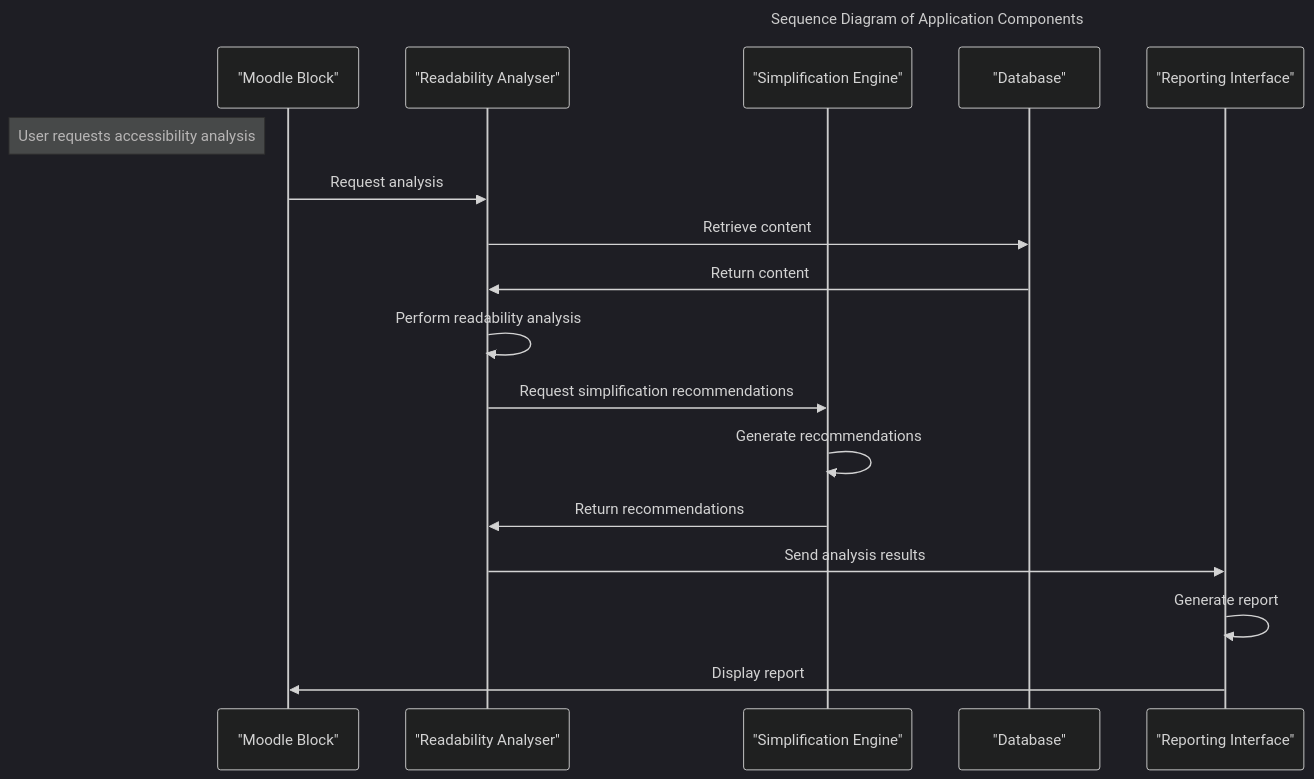
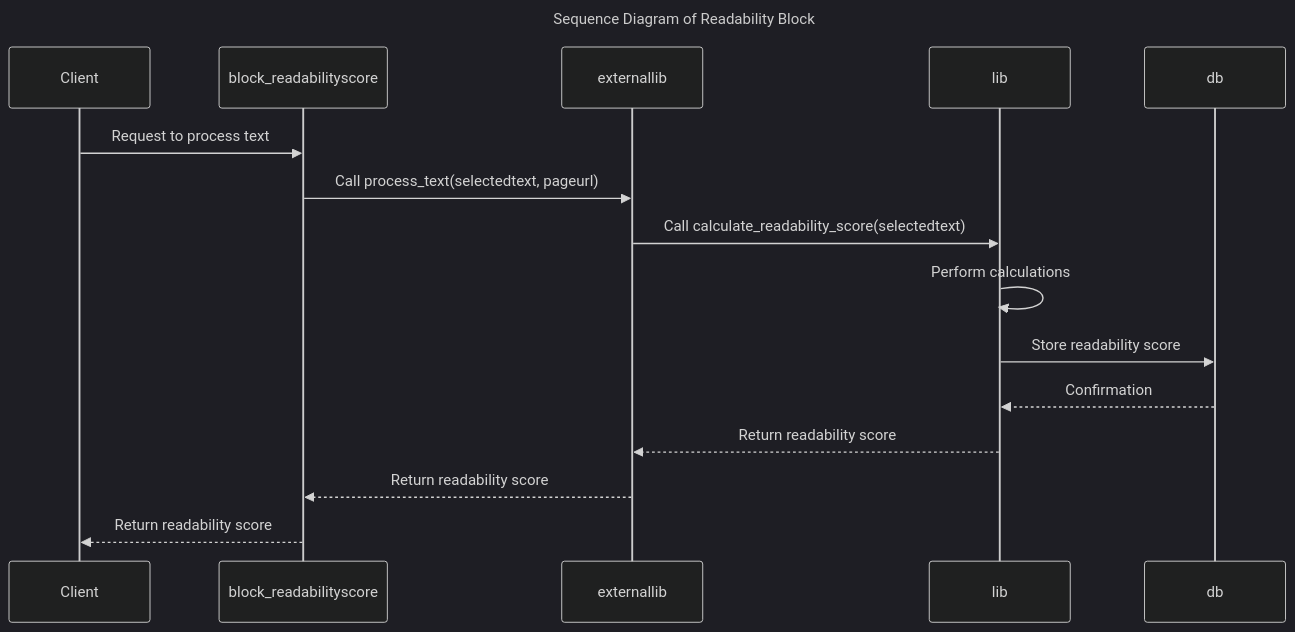
One commit to anrichp/Computing-Project-2024 changed the third of 8 diagrams in README.md. Above: the diagram before and after it, drawn with Mermaid (dark theme).

Commit message:
update the sequence diagram

````diff
--- a/README.md
+++ b/README.md
@@ -140,23 +140,21 @@
 ```mermaid
 ---
-title: Sequence Diagram of Application Components
+title: Sequence Diagram of Readability Block
 ---
 sequenceDiagram
-    participant MoodleBlock as "Moodle Block"
-    participant ReadabilityAnalyser as "Readability Analyser"
-    participant SimplificationEngine as "Simplification Engine"
-    participant Database as "Database"
-    participant ReportingInterface as "Reporting Interface"
+    participant Client
+    participant block_readabilityscore
+    participant externallib
+    participant lib
+    participant db
 
-    note left of MoodleBlock: User requests accessibility analysis
-    MoodleBlock->>ReadabilityAnalyser: Request analysis
-    ReadabilityAnalyser->>Database: Retrieve content
-    Database->>ReadabilityAnalyser: Return content
-    ReadabilityAnalyser->>ReadabilityAnalyser: Perform readability analysis
-    ReadabilityAnalyser->>SimplificationEngine: Request simplification recommendations
-    SimplificationEngine->>SimplificationEngine: Generate recommendations
-    SimplificationEngine->>ReadabilityAnalyser: Return recommendations
-    ReadabilityAnalyser->>ReportingInterface: Send analysis results
-    ReportingInterface->>ReportingInterface: Generate report
-    ReportingInterface->>MoodleBlock: Display report
+    Client ->> block_readabilityscore: Request to process text
+    block_readabilityscore ->> externallib: Call process_text(selectedtext, pageurl)
+    externallib ->> lib: Call calculate_readability_score(selectedtext)
+    lib ->> lib: Perform calculations
+    lib ->> db: Store readability score
+    db -->> lib: Confirmation
+    lib -->> externallib: Return readability score
+    externallib -->> block_readabilityscore: Return readability score
+    block_readabilityscore -->> Client: Return readability score
 ```
````
